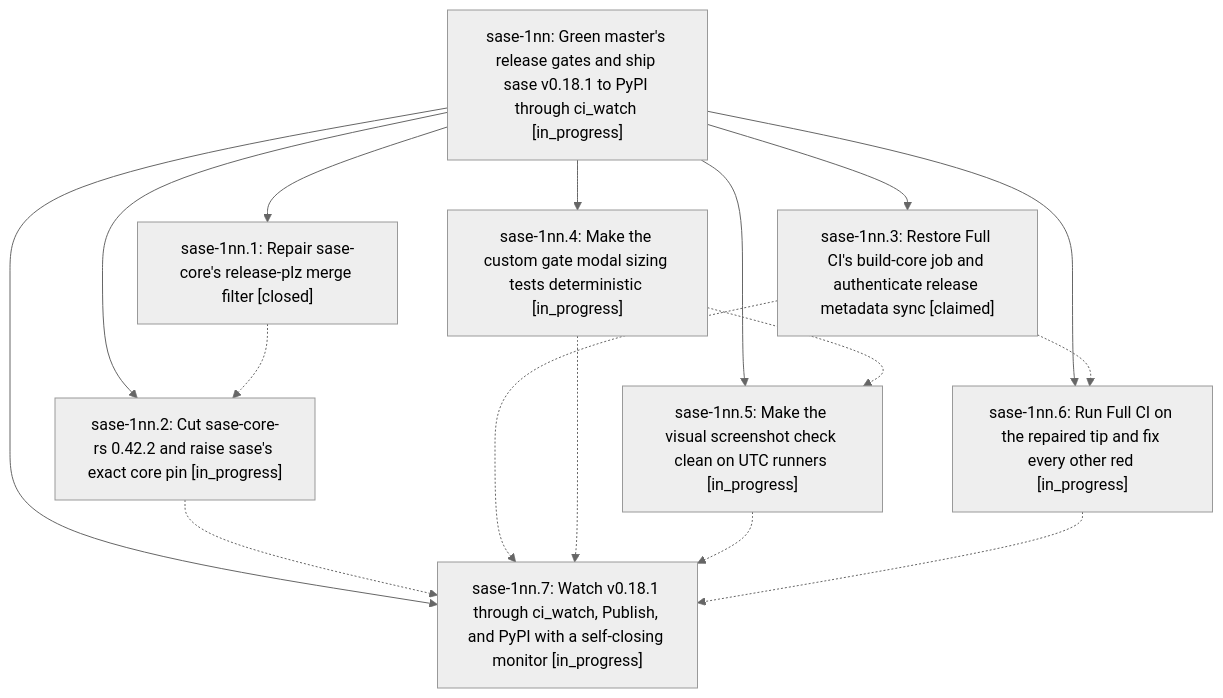
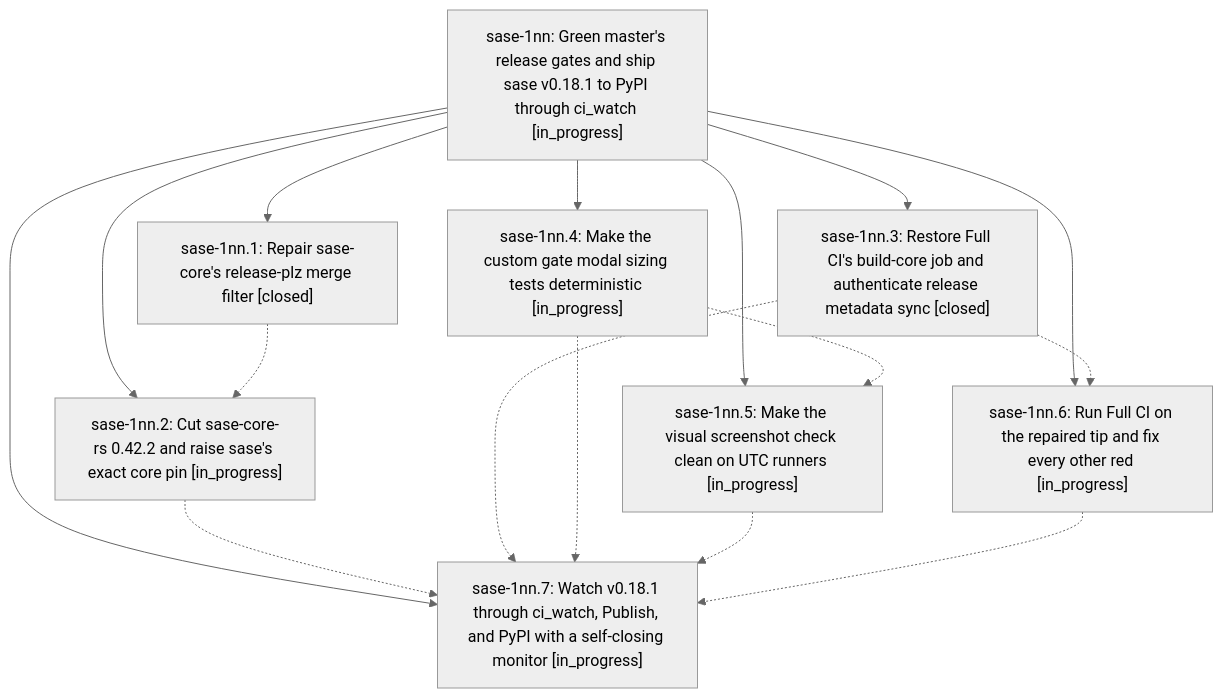
One commit to sase-org/sase--beads changed the diagram in pages/sase-1nn/README.md. Above: the diagram before and after it, drawn with Mermaid (neutral theme). The commit also changed other lines of this file and 5 other files, not shown here.

First line of the commit message:
chore(beads): sync bead state and pages for sase-1nn

````diff
--- a/pages/sase-1nn/README.md
+++ b/pages/sase-1nn/README.md
@@ -28,26 +42,26 @@
 ```mermaid
 flowchart TD
     n0["sase-1nn: Green master's release gates and ship sase v0.18.1 to PyPI through ci_watch [in_progress]"]
     n1["sase-1nn.1: Repair sase-core's release-plz merge filter [closed]"]
     n2["sase-1nn.2: Cut sase-core-rs 0.42.2 and raise sase's exact core pin [in_progress]"]
-    n3["sase-1nn.3: Restore Full CI's build-core job and authenticate release metadata sync [claimed]"]
+    n3["sase-1nn.3: Restore Full CI's build-core job and authenticate release metadata sync [closed]"]
     n4["sase-1nn.4: Make the custom gate modal sizing tests deterministic [in_progress]"]
     n5["sase-1nn.5: Make the visual screenshot check clean on UTC runners [in_progress]"]
     n6["sase-1nn.6: Run Full CI on the repaired tip and fix every other red [in_progress]"]
     n7["sase-1nn.7: Watch v0.18.1 through ci_watch, Publish, and PyPI with a self-closing monitor [in_progress]"]
     n0 --> n1
     n0 --> n2
     n0 --> n3
     n0 --> n4
     n0 --> n5
     n0 --> n6
     n0 --> n7
     n1 -.-> n2
     n2 -.-> n7
     n3 -.-> n6
     n3 -.-> n7
     n4 -.-> n5
     n4 -.-> n7
     n5 -.-> n7
     n6 -.-> n7
 ```
````
